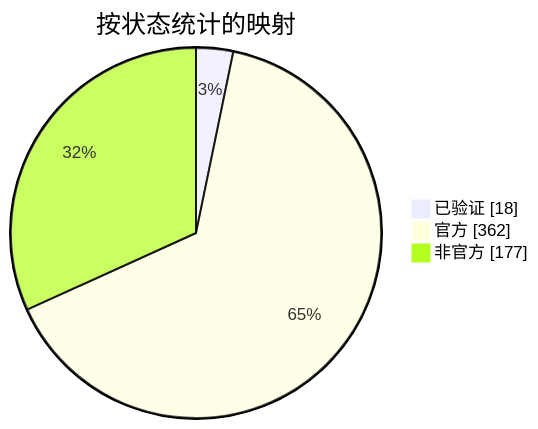
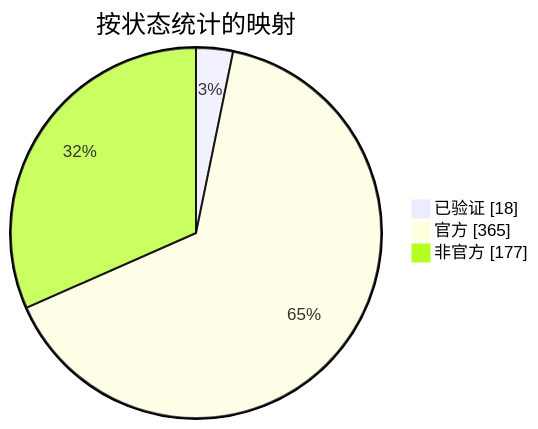
Before and after one commit to nobrega8/mbmap-library: the diagram in docs/readme/README_ZHS.md, drawn with Mermaid. The commit also changed 8 other files, not shown here.

````diff
--- a/docs/readme/README_ZHS.md
+++ b/docs/readme/README_ZHS.md
@@ -54,7 +54,7 @@
 ```mermaid
 pie showData
     title 按状态统计的映射
     "已验证" : 18
-    "官方" : 362
+    "官方" : 365
     "非官方" : 177
 ```
````
